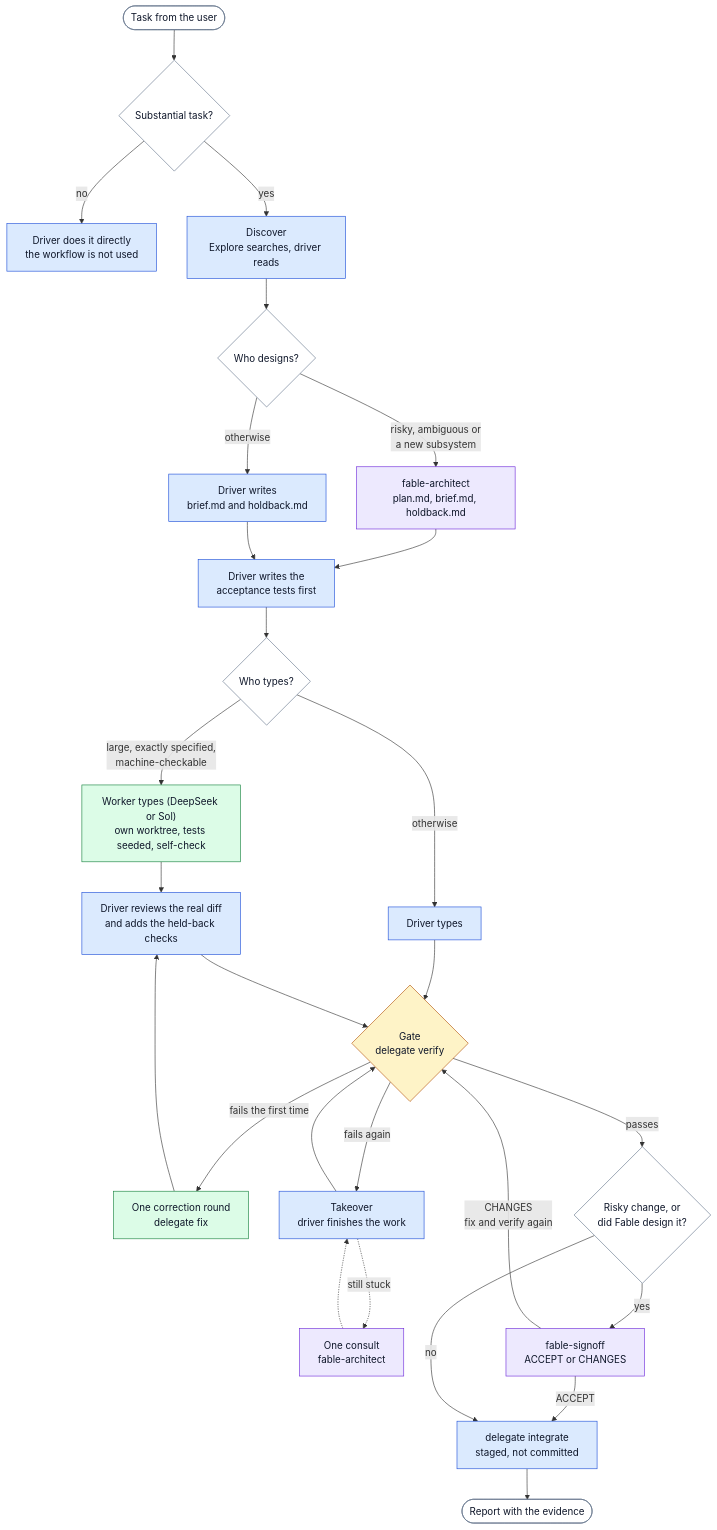
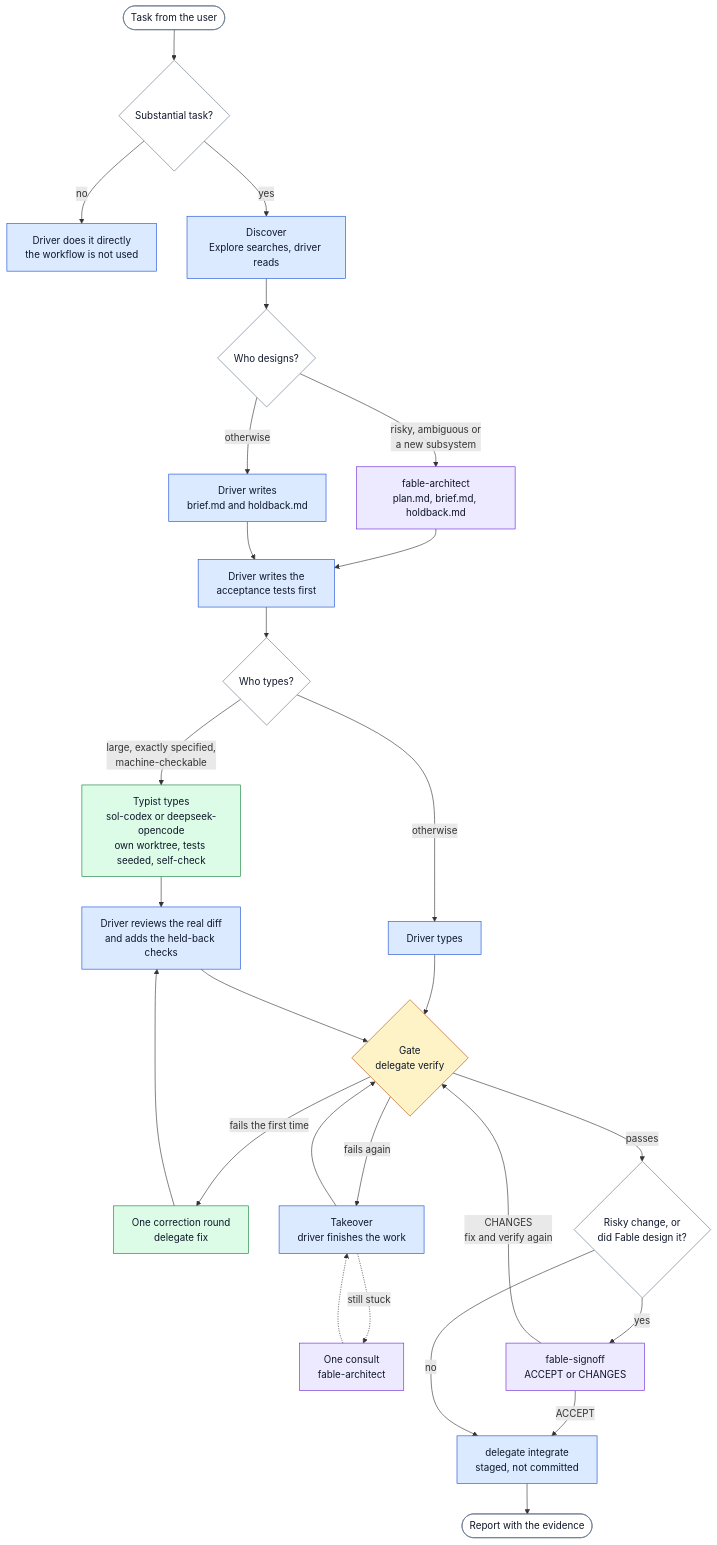
The first of 2 diagrams in README.md (joshuachuaaa/claude-deepseek-orchestrator-workflow), drawn with Mermaid before and after one commit. The commit also changed other lines of this file and 4 other files, not shown here.

First line of the commit message:
Rename to orchestrator-workflow; name the typists sol-codex and deepseek-opencode

````diff
--- a/README.md
+++ b/README.md
@@ -44,40 +210,40 @@
 ```mermaid
 flowchart TD
     U(["Task from the user"]) --> TR{"Substantial task?"}
     TR -- "no" --> DIRECT["Driver does it directly<br/>the workflow is not used"]
     TR -- "yes" --> DISC["Discover<br/>Explore searches, driver reads"]
     DISC --> WD{"Who designs?"}
     WD -- "risky, ambiguous or<br/>a new subsystem" --> ARCH["fable-architect<br/>plan.md, brief.md, holdback.md"]
     WD -- "otherwise" --> DBRIEF["Driver writes<br/>brief.md and holdback.md"]
     ARCH --> TESTS["Driver writes the<br/>acceptance tests first"]
     DBRIEF --> TESTS
     TESTS --> WT{"Who types?"}
-    WT -- "large, exactly specified,<br/>machine-checkable" --> WORK["Worker types (DeepSeek or Sol)<br/>own worktree, tests seeded, self-check"]
+    WT -- "large, exactly specified,<br/>machine-checkable" --> WORK["Typist types<br/>sol-codex or deepseek-opencode<br/>own worktree, tests seeded, self-check"]
     WT -- "otherwise" --> DTYPE["Driver types"]
     WORK --> REV["Driver reviews the real diff<br/>and adds the held-back checks"]
     DTYPE --> GATE
     REV --> GATE{"Gate<br/>delegate verify"}
     GATE -- "fails the first time" --> FIX["One correction round<br/>delegate fix"]
     FIX --> REV
     GATE -- "fails again" --> TAKE["Takeover<br/>driver finishes the work"]
     TAKE --> GATE
     TAKE -. "still stuck" .-> CONS["One consult<br/>fable-architect"]
     CONS -.-> TAKE
     GATE -- "passes" --> NEED{"Risky change, or<br/>did Fable design it?"}
     NEED -- "yes" --> SIGN["fable-signoff<br/>ACCEPT or CHANGES"]
     SIGN -- "CHANGES<br/>fix and verify again" --> GATE
     SIGN -- "ACCEPT" --> INT["delegate integrate<br/>staged, not committed"]
     NEED -- "no" --> INT
     INT --> REP(["Report with the evidence"])
 
     classDef driver fill:#dbeafe,stroke:#1d4ed8,color:#0f172a
     classDef judge fill:#ede9fe,stroke:#6d28d9,color:#0f172a
     classDef typist fill:#dcfce7,stroke:#15803d,color:#0f172a
     classDef gate fill:#fef3c7,stroke:#b45309,color:#0f172a
     classDef plain fill:#ffffff,stroke:#64748b,color:#0f172a
     class DIRECT,DISC,DBRIEF,TESTS,DTYPE,REV,TAKE,INT driver
     class ARCH,CONS,SIGN judge
     class WORK,FIX typist
     class GATE gate
     class U,TR,WD,WT,NEED,REP plain
 ```
````
